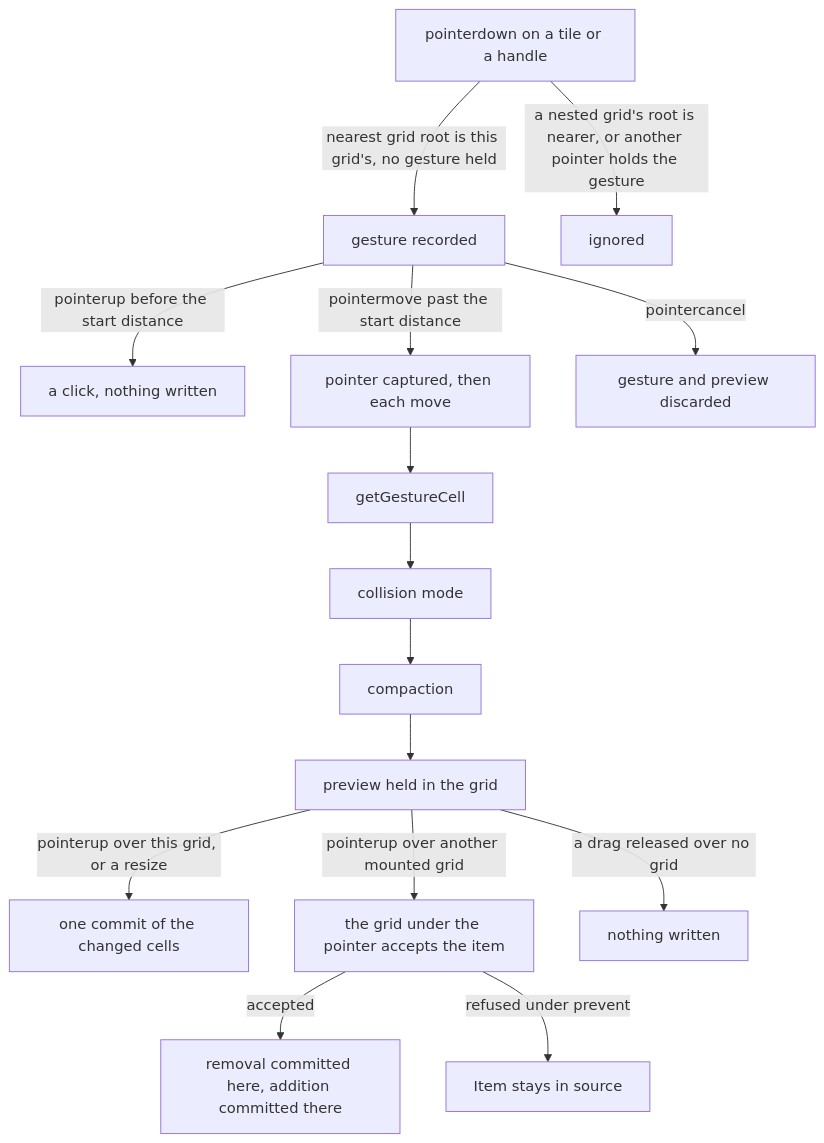
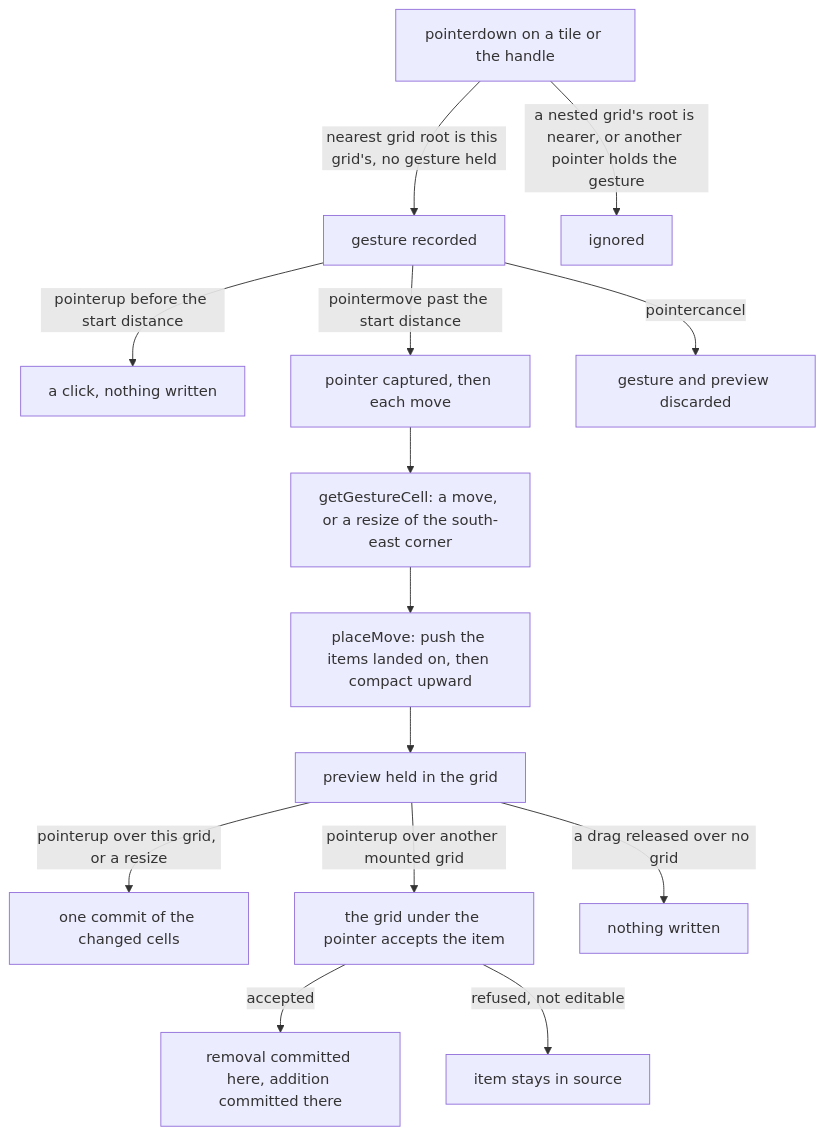
The diagram in openspec/specs/vue-grid-layout-headless/grid-layout/design.md (Esposter/Esposter), drawn with Mermaid before and after one commit. The commit also changed other lines of this file and 13 other files, not shown here.

First line of the commit message:
docs(openspec): the grid's palette drop, grow-to-content, every-edge resize, sideways compaction and collision modes are deferred

````diff
--- a/openspec/specs/vue-grid-layout-headless/grid-layout/design.md
+++ b/openspec/specs/vue-grid-layout-headless/grid-layout/design.md
@@ -13,17 +13,16 @@
 ```mermaid
 flowchart TD
-  press["pointerdown on a tile or a handle"] -->|"nearest grid root is this grid's, no gesture held"| gesture["gesture recorded"]
+  press["pointerdown on a tile or the handle"] -->|"nearest grid root is this grid's, no gesture held"| gesture["gesture recorded"]
   press -->|"a nested grid's root is nearer, or another pointer holds the gesture"| ignored["ignored"]
   gesture -->|"pointerup before the start distance"| click["a click, nothing written"]
   gesture -->|"pointermove past the start distance"| captured["pointer captured, then each move"]
-  captured --> cell["getGestureCell"]
-  cell --> collide["collision mode"]
-  collide --> compact["compaction"]
-  compact --> preview["preview held in the grid"]
+  captured --> cell["getGestureCell: a move, or a resize of the south-east corner"]
+  cell --> place["placeMove: push the items landed on, then compact upward"]
+  place --> preview["preview held in the grid"]
   preview -->|"pointerup over this grid, or a resize"| commit["one commit of the changed cells"]
   preview -->|"pointerup over another mounted grid"| handoff["the grid under the pointer accepts the item"]
   handoff -->|"accepted"| transferred["removal committed here, addition committed there"]
-  handoff -->|"refused under prevent"| refused["Item stays in source"]
+  handoff -->|"refused, not editable"| refused["item stays in source"]
   preview -->|"a drag released over no grid"| dropped["nothing written"]
   gesture -->|"pointercancel"| discarded["gesture and preview discarded"]
 ```
````
